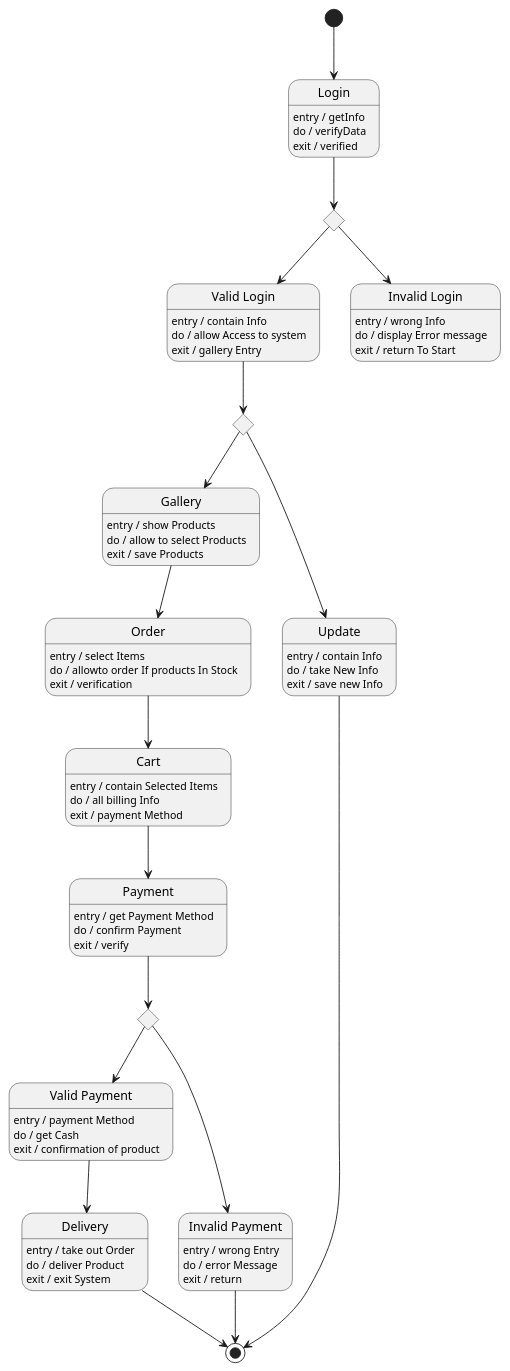
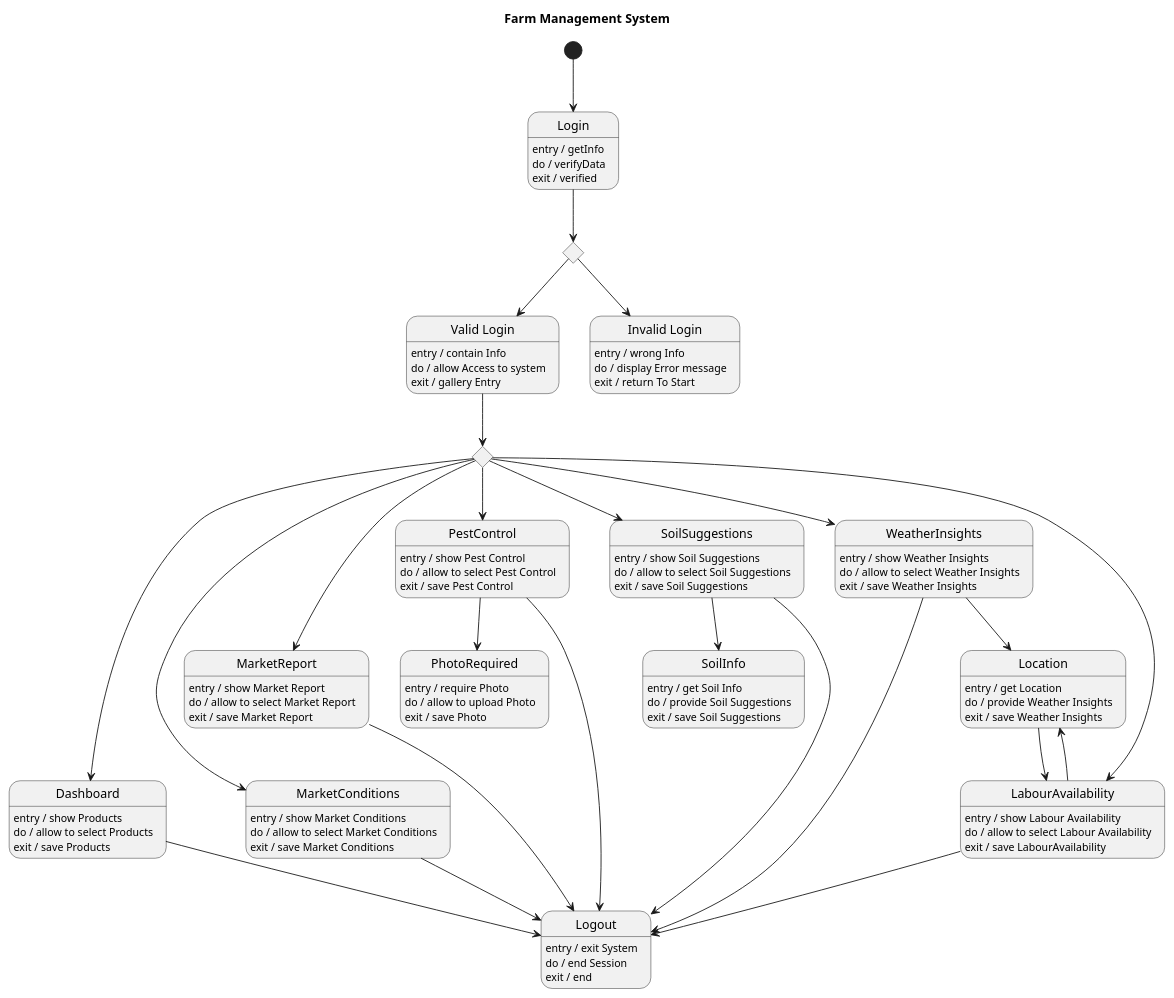
Before and after one commit to maimunafaria/State_transition_Diagram_generated_by_LLM: the diagram in results/plantuml_pipeline/runs/open_source__llama31_8b_instruct__rag_validation_generator_critic_repair/case_33_farm_management_system/run_01.puml, drawn with PlantUML. The commit also changed 210 other files, not shown here.

```diff
--- a/results/plantuml_pipeline/runs/open_source__llama31_8b_instruct__rag_validation_generator_critic_repair/case_33_farm_management_system/run_01.puml
+++ b/results/plantuml_pipeline/runs/open_source__llama31_8b_instruct__rag_validation_generator_critic_repair/case_33_farm_management_system/run_01.puml
@@ -1,90 +1,104 @@
 @startuml
+title Farm Management System
+
 [*] --> Login
 
 state Login
 Login : entry / getInfo
 Login : do / verifyData
 Login : exit / verified
 
 state LoginDecision <<choice>>
 Login --> LoginDecision
 
 state "Valid Login" as ValidLogin
 ValidLogin : entry / contain Info
 ValidLogin : do / allow Access to system
 ValidLogin : exit / gallery Entry
 
 state "Invalid Login" as InvalidLogin
 InvalidLogin : entry / wrong Info
 InvalidLogin : do / display Error message
 InvalidLogin : exit / return To Start
 
 LoginDecision --> ValidLogin
 LoginDecision --> InvalidLogin
 
 state NavChoice <<choice>>
 ValidLogin --> NavChoice
 
-state Gallery
-Gallery : entry / show Products
-Gallery : do / allow to select Products
-Gallery : exit / save Products
+state Dashboard
+Dashboard : entry / show Products
+Dashboard : do / allow to select Products
+Dashboard : exit / save Products
 
-state Update
-Update : entry / contain Info
-Update : do / take New Info
-Update : exit / save new Info
+state MarketConditions
+MarketConditions : entry / show Market Conditions
+MarketConditions : do / allow to select Market Conditions
+MarketConditions : exit / save Market Conditions
 
-NavChoice --> Gallery
-NavChoice --> Update
+state MarketReport
+MarketReport : entry / show Market Report
+MarketReport : do / allow to select Market Report
+MarketReport : exit / save Market Report
 
-Update --> [*]
+state PestControl
+PestControl : entry / show Pest Control
+PestControl : do / allow to select Pest Control
+PestControl : exit / save Pest Control
 
-state Order
-Order : entry / select Items
-Order : do / allowto order If products In Stock
-Order : exit / verification
+state SoilSuggestions
+SoilSuggestions : entry / show Soil Suggestions
+SoilSuggestions : do / allow to select Soil Suggestions
+SoilSuggestions : exit / save Soil Suggestions
 
-state Cart
-Cart : entry / contain Selected Items
-Cart : do / all billing Info
-Cart : exit / payment Method
+state WeatherInsights
+WeatherInsights : entry / show Weather Insights
+WeatherInsights : do / allow to select Weather Insights
+WeatherInsights : exit / save Weather Insights
 
-Gallery --> Order
-Order --> Cart
+state LabourAvailability
+LabourAvailability : entry / show Labour Availability
+LabourAvailability : do / allow to select Labour Availability
+LabourAvailability : exit / save LabourAvailability
 
-state Payment
-Payment : entry / get Payment Method
-Payment : do / confirm Payment
-Payment : exit / verify
+NavChoice --> Dashboard
+NavChoice --> MarketConditions
+NavChoice --> MarketReport
+NavChoice --> PestControl
+NavChoice --> SoilSuggestions
+NavChoice --> WeatherInsights
+NavChoice --> LabourAvailability
 
-Cart --> Payment
+PestControl --> PhotoRequired
+PhotoRequired : entry / require Photo
+PhotoRequired : do / allow to upload Photo
+PhotoRequired : exit / save Photo
 
-state PayDecision <<choice>>
-Payment --> PayDecision
+SoilSuggestions --> SoilInfo
+SoilInfo : entry / get Soil Info
+SoilInfo : do / provide Soil Suggestions
+SoilInfo : exit / save Soil Suggestions
 
-state "Valid Payment" as ValidPayment
-ValidPayment : entry / payment Method
-ValidPayment : do / get Cash
-ValidPayment : exit / confirmation of product
+WeatherInsights --> Location
+Location : entry / get Location
+Location : do / provide Weather Insights
+Location : exit / save Weather Insights
 
-state "Invalid Payment" as InvalidPayment
-InvalidPayment : entry / wrong Entry
-InvalidPayment : do / error Message
-InvalidPayment : exit / return
+LabourAvailability --> Location
+Location --> LabourAvailability
 
-PayDecision --> ValidPayment
-PayDecision --> InvalidPayment
+state Logout
+Logout : entry / exit System
+Logout : do / end Session
+Logout : exit / end
 
-
-state Delivery
-Delivery : entry / take out Order
-Delivery : do / deliver Product
-Delivery : exit / exit System
-
-ValidPayment --> Delivery
-Delivery --> [*]
-
-InvalidPayment --> [*]
+Dashboard --> Logout
+MarketConditions --> Logout
+MarketReport --> Logout
+PestControl --> Logout
+SoilSuggestions --> Logout
+WeatherInsights --> Logout
+LabourAvailability --> Logout
 
 @enduml
```
